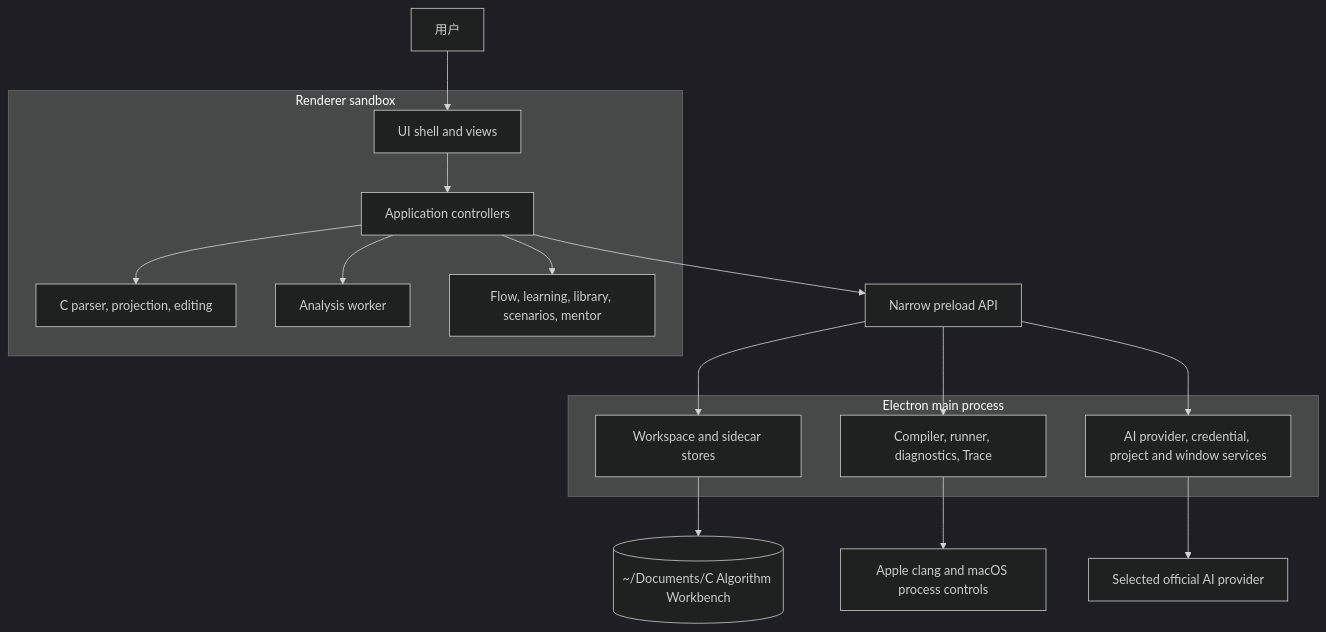
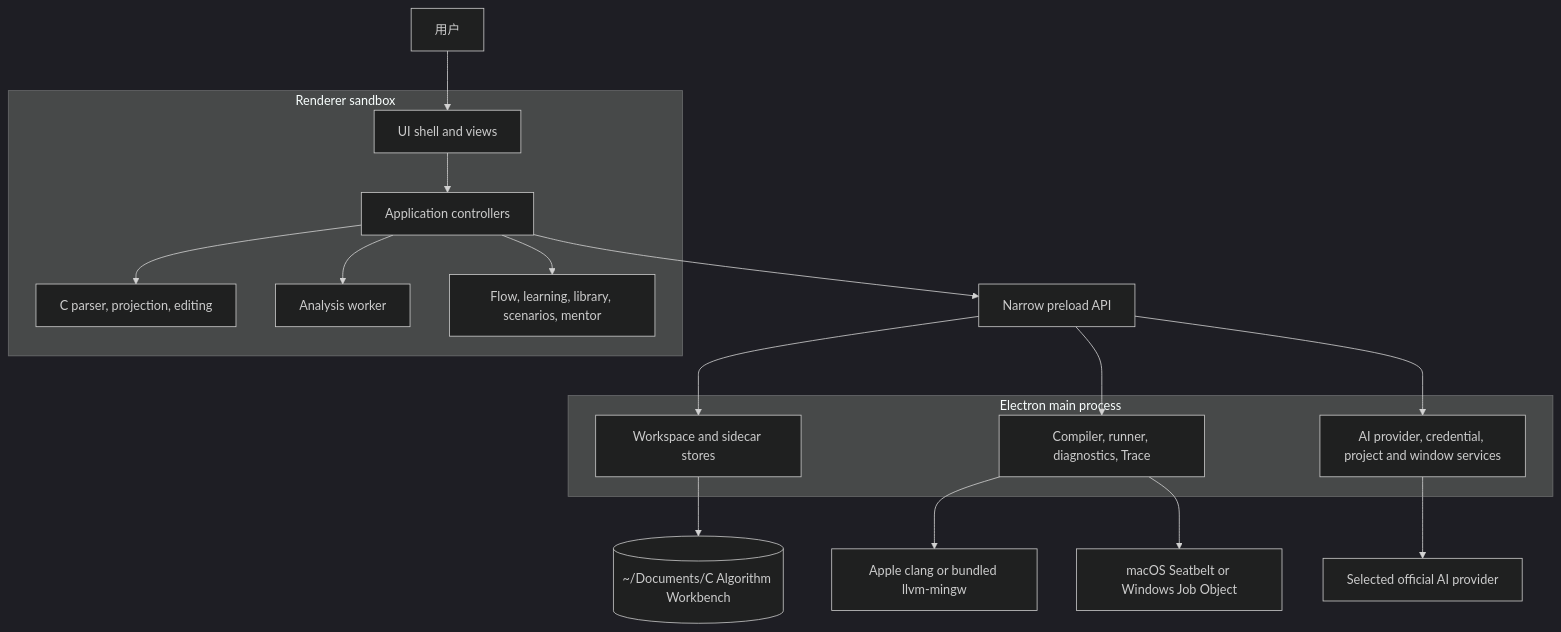
One commit to Ice-teapop/c-block-algorithm-panel changed the first of 2 diagrams in docs/architecture/README.md. Above: the diagram before and after it, drawn with Mermaid (dark theme). The commit also changed other lines of this file and 51 other files, not shown here.

````diff
--- a/docs/architecture/README.md
+++ b/docs/architecture/README.md
@@ -20,37 +20,39 @@
 ```mermaid
 flowchart TB
   User["用户"]
 
   subgraph Renderer["Renderer sandbox"]
     Shell["UI shell and views"]
     App["Application controllers"]
     Core["C parser, projection, editing"]
     Analysis["Analysis worker"]
     Domains["Flow, learning, library, scenarios, mentor"]
   end
 
   Preload["Narrow preload API"]
 
   subgraph Main["Electron main process"]
     Workspace["Workspace and sidecar stores"]
     Runner["Compiler, runner, diagnostics, Trace"]
     AI["AI provider, credential, project and window services"]
   end
 
   Documents[("~/Documents/C Algorithm Workbench")]
-  Toolchain["Apple clang and macOS process controls"]
+  Toolchain["Apple clang or bundled llvm-mingw"]
+  Isolation["macOS Seatbelt or Windows Job Object"]
   Providers["Selected official AI provider"]
 
   User --> Shell
   Shell --> App
   App --> Core
   App --> Analysis
   App --> Domains
   App --> Preload
   Preload --> Workspace
   Preload --> Runner
   Preload --> AI
   Workspace --> Documents
   Runner --> Toolchain
+  Runner --> Isolation
   AI --> Providers
 ```
````
